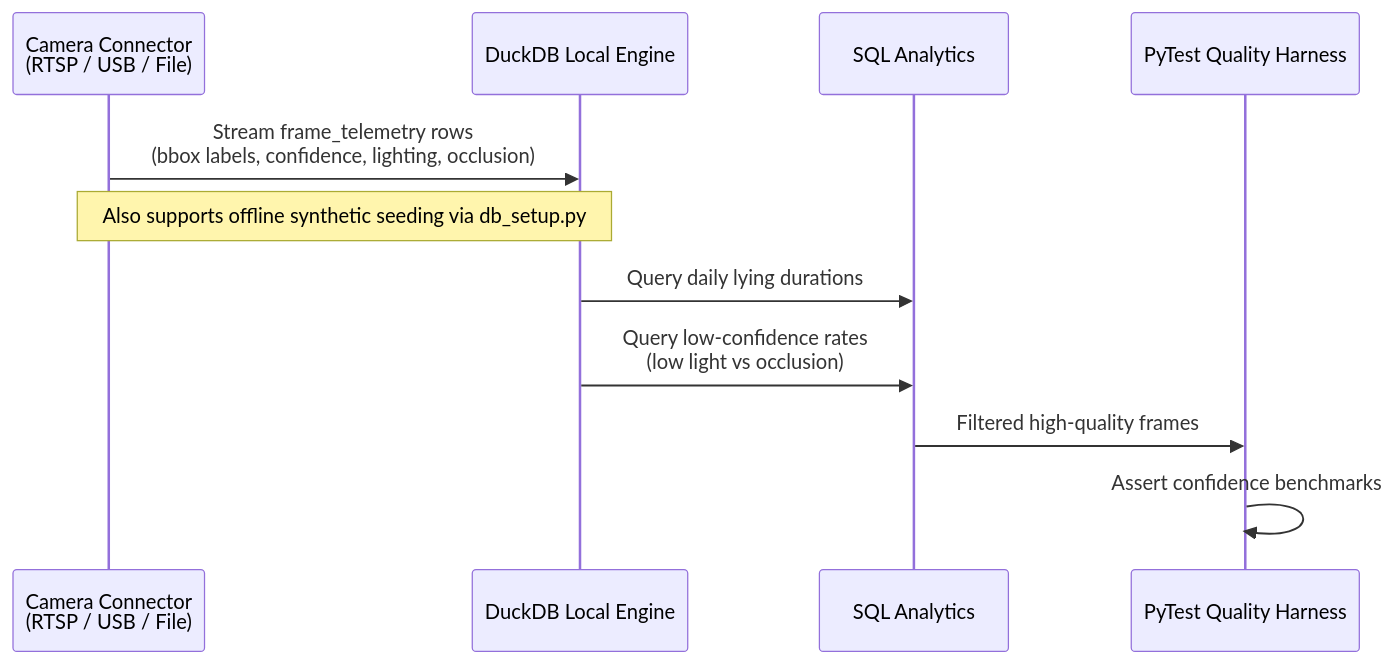
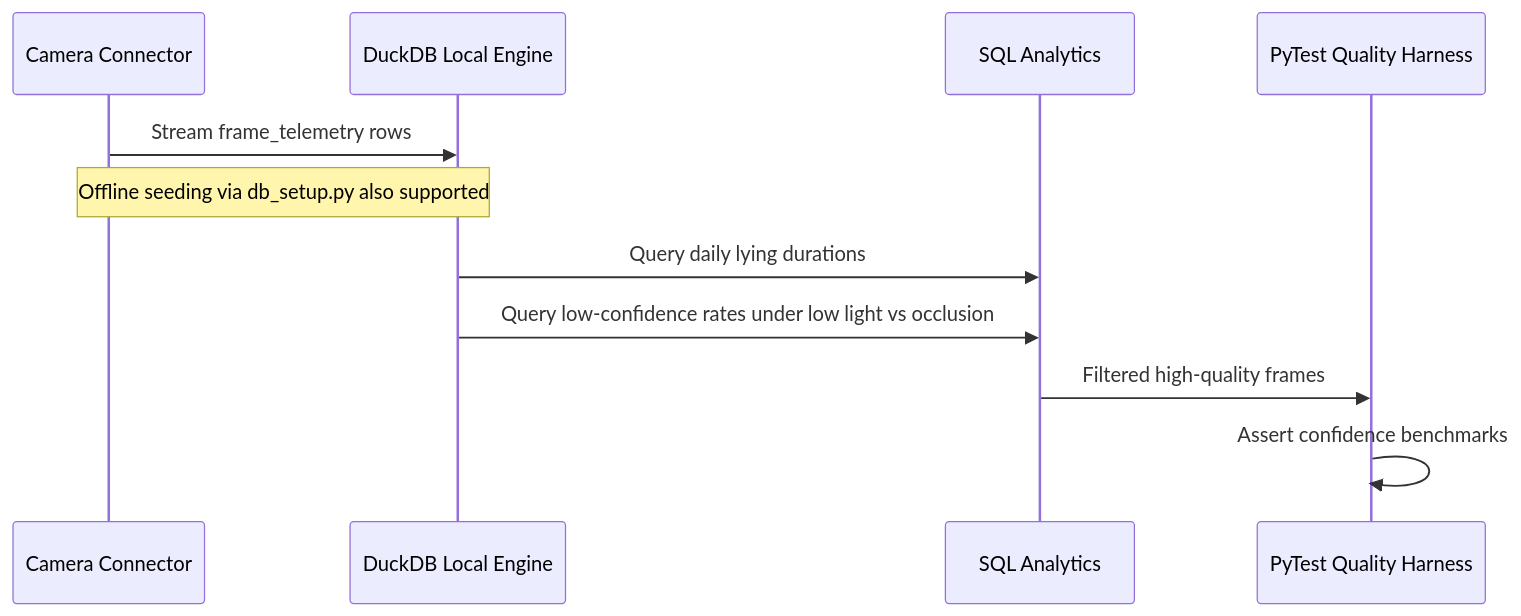
The diagram in README.md (tgollogly/vet-vision-eval-pipeline), drawn with Mermaid before and after one commit. The commit also changed other lines of this file and 2 other files, not shown here.

First line of the commit message:
Fix README architecture diagram rendering on GitHub

````diff
--- a/README.md
+++ b/README.md
@@ -28,14 +36,14 @@
 ```mermaid
 sequenceDiagram
-    participant Cam as Camera Connector<br/>(RTSP / USB / File)
+    participant Cam as Camera Connector
     participant DB as DuckDB Local Engine
     participant SQL as SQL Analytics
     participant QA as PyTest Quality Harness
 
-    Cam->>DB: Stream frame_telemetry rows<br/>(bbox labels, confidence, lighting, occlusion)
-    Note over Cam,DB: Also supports offline synthetic seeding via db_setup.py
+    Cam->>DB: Stream frame_telemetry rows
+    Note over Cam,DB: Offline seeding via db_setup.py also supported
     DB->>SQL: Query daily lying durations
-    DB->>SQL: Query low-confidence rates<br/>(low light vs occlusion)
+    DB->>SQL: Query low-confidence rates under low light vs occlusion
     SQL->>QA: Filtered high-quality frames
     QA->>QA: Assert confidence benchmarks
 ```
````
